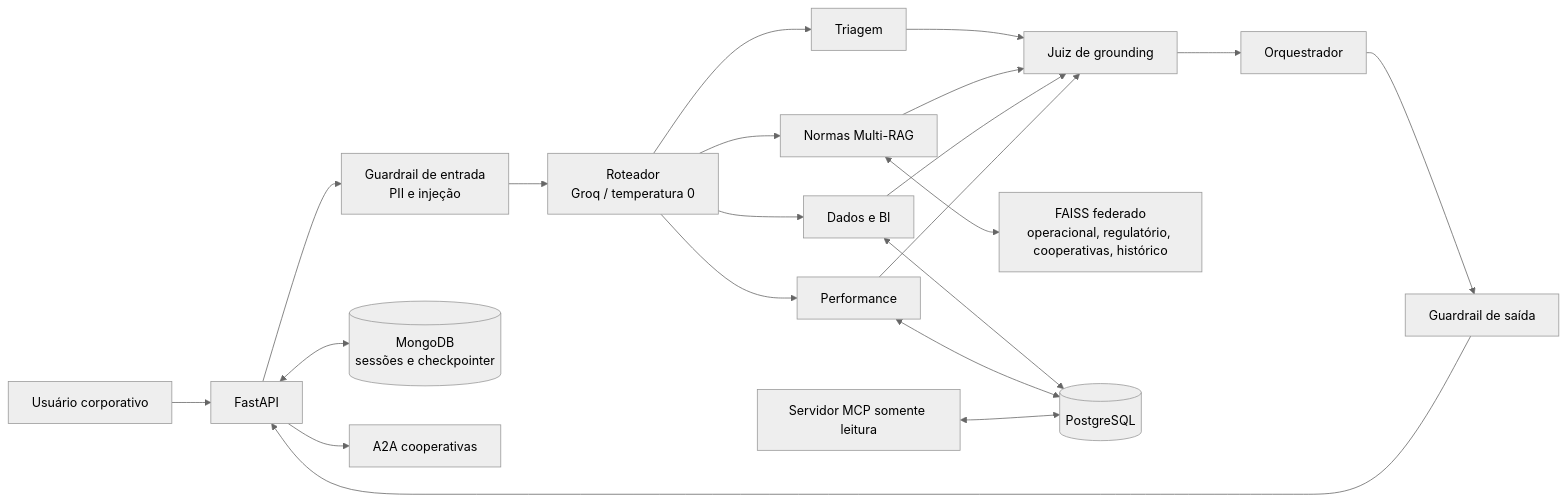
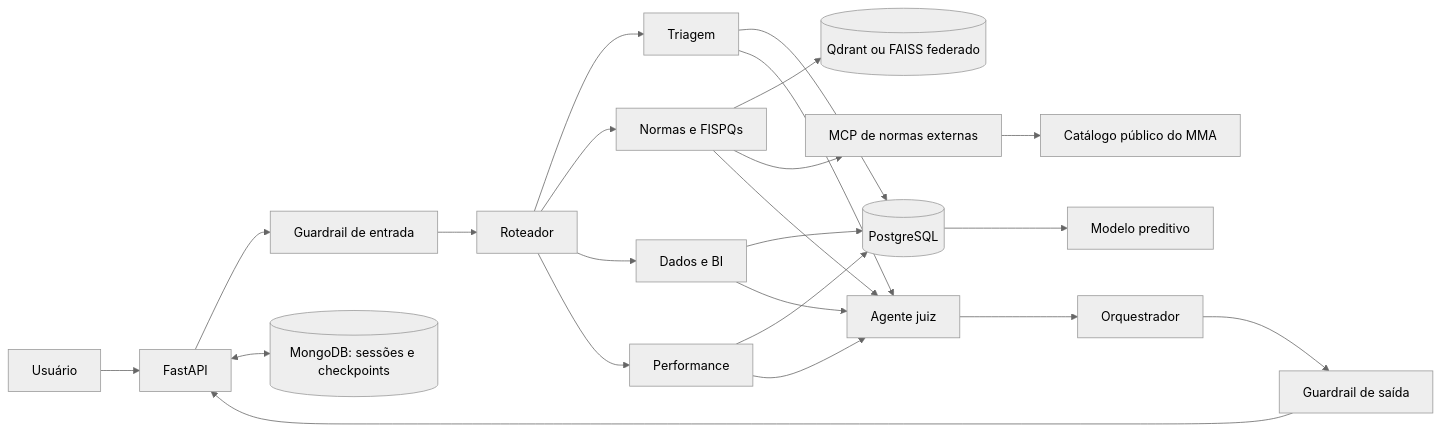
The diagram in README.md (app-volta/volta-chatbot), drawn with Mermaid (neutral theme) before and after one commit. The commit also changed other lines of this file and 50 other files, not shown here.

````diff
--- a/README.md
+++ b/README.md
@@ -7,23 +23,25 @@
-```mermaid
+~~~mermaid
 flowchart LR
-    U["Usuário corporativo"] --> API["FastAPI"]
-    API --> GI["Guardrail de entrada\nPII e injeção"]
-    GI --> R["Roteador\nGroq / temperatura 0"]
-    R --> T["Triagem"]
-    R --> N["Normas Multi-RAG"]
-    R --> D["Dados e BI"]
-    R --> P["Performance"]
-    T --> J["Juiz de grounding"]
+    U[Usuário] --> API[FastAPI]
+    API --> GI[Guardrail de entrada]
+    GI --> R[Roteador]
+    R --> T[Triagem]
+    R --> N[Normas e FISPQs]
+    R --> D[Dados e BI]
+    R --> P[Performance]
+    T --> SQL[(PostgreSQL)]
+    D --> SQL
+    P --> SQL
+    SQL --> PR[Modelo preditivo]
+    N --> RAG[(Qdrant ou FAISS federado)]
+    N --> MCP[MCP de normas externas]
+    MCP --> MMA[Catálogo público do MMA]
+    T --> J[Agente juiz]
     N --> J
     D --> J
     P --> J
-    J --> O["Orquestrador"]
-    O --> GS["Guardrail de saída"]
-    GS --> API
-    N <--> F["FAISS federado\noperacional, regulatório, cooperativas, histórico"]
-    D <--> PG[("PostgreSQL")]
-    P <--> PG
-    API <--> MG[("MongoDB\nsessões e checkpointer")]
-    API --> A2A["A2A cooperativas"]
-    MCP["Servidor MCP somente leitura"] <--> PG
-```
+    J --> O[Orquestrador]
+    O --> GO[Guardrail de saída]
+    GO --> API
+    API <--> M[(MongoDB: sessões e checkpoints)]
+~~~
````
